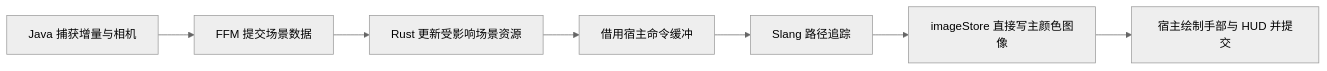
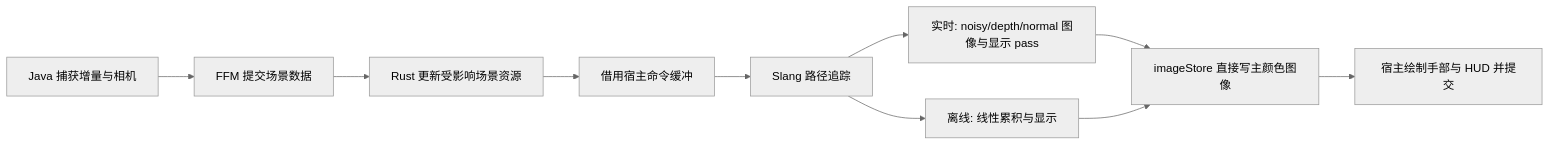
Before and after one commit to bWFuanVzYWth/prime: the diagram in docs/pipeline.md, drawn with Mermaid (neutral theme). The commit also changed other lines of this file and 70 other files, not shown here.

````diff
--- a/docs/pipeline.md
+++ b/docs/pipeline.md
@@ -44,9 +44,12 @@
 ```mermaid
 flowchart LR
     A[Java 捕获增量与相机] --> B[FFM 提交场景数据]
     B --> C[Rust 更新受影响场景资源]
     C --> D[借用宿主命令缓冲]
     D --> E[Slang 路径追踪]
-    E --> F[imageStore 直接写主颜色图像]
+    E --> R[实时: noisy/depth/normal 图像与显示 pass]
+    E --> O[离线: 线性累积与显示]
+    R --> F[imageStore 直接写主颜色图像]
+    O --> F
     F --> G[宿主绘制手部与 HUD 并提交]
 ```
````
